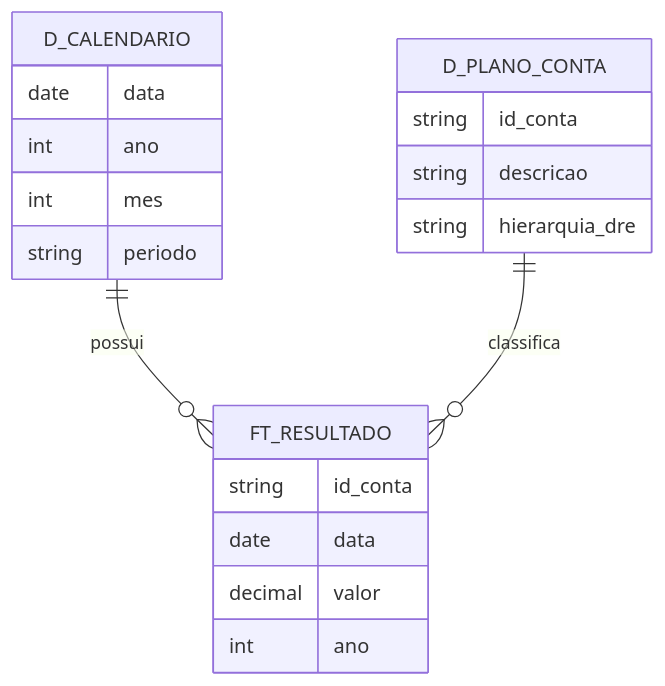
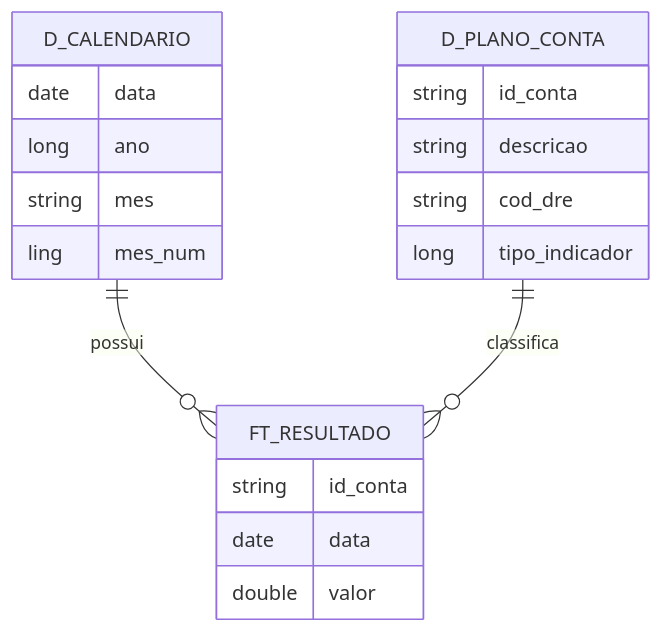
One commit to rsdiniz-data/financial-statement-analytics-platform changed the diagram in notebooks/gold/README.md. Above: the diagram before and after it, drawn with Mermaid.

````diff
--- a/notebooks/gold/README.md
+++ b/notebooks/gold/README.md
@@ -119,26 +119,26 @@
 ```mermaid
 erDiagram
 
     D_CALENDARIO ||--o{ FT_RESULTADO : possui
     D_PLANO_CONTA ||--o{ FT_RESULTADO : classifica
 
     D_CALENDARIO {
         date data
-        int ano
-        int mes
-        string periodo
+        long ano
+        string mes
+        ling mes_num
     }
 
     D_PLANO_CONTA {
         string id_conta
         string descricao
-        string hierarquia_dre
+        string cod_dre
+        long tipo_indicador
     }
 
     FT_RESULTADO {
         string id_conta
         date data
-        decimal valor
-        int ano
+        double valor
     }
 ```
````
